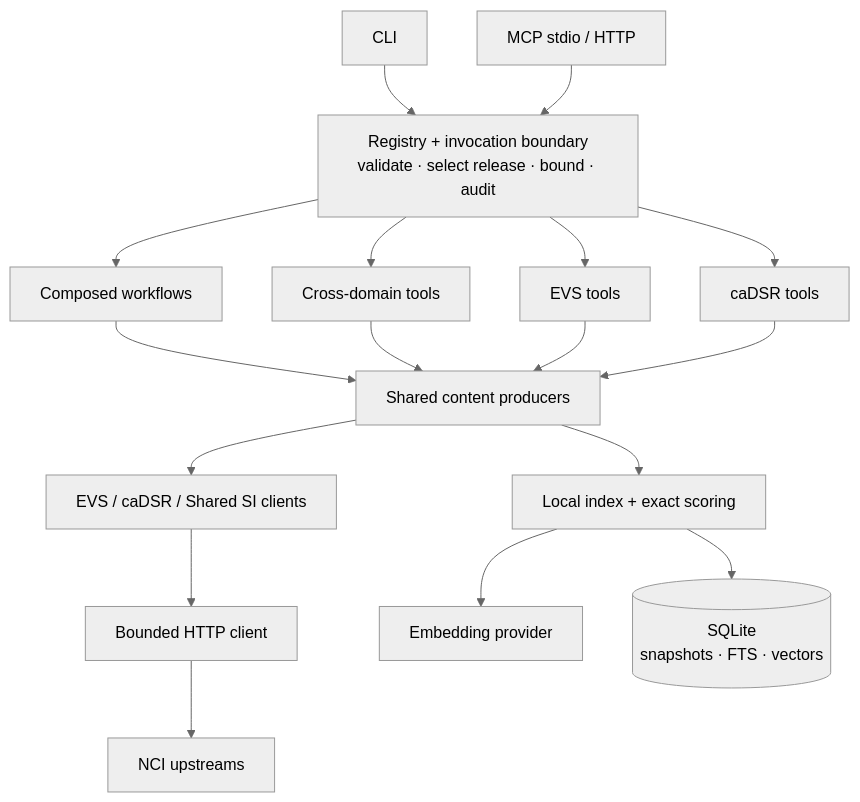
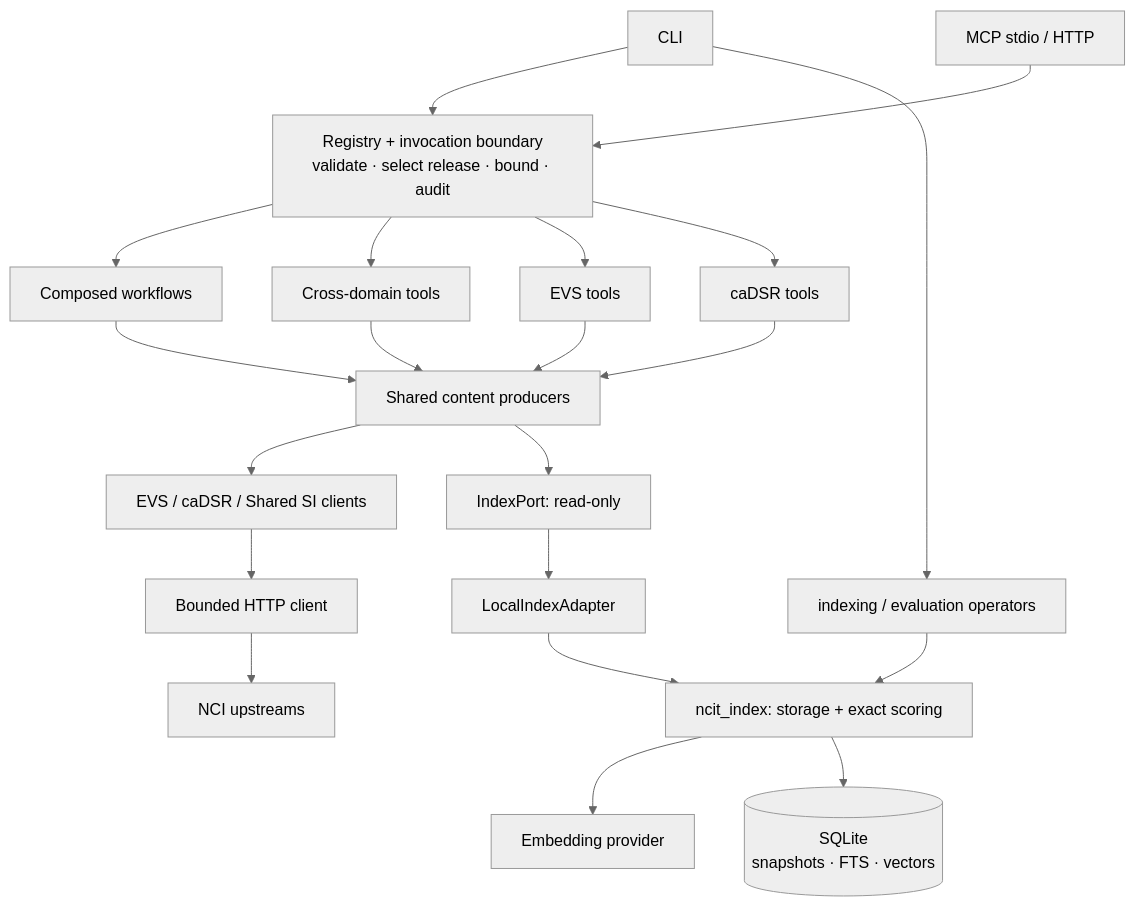
The second of 5 diagrams in ARCHITECTURE.md (CBIIT/nci-si-mcp), drawn with Mermaid before and after one commit. The commit also changed other lines of this file and 57 other files, not shown here.

First line of the commit message:
refactor(index): isolate retrieval behind a portable index port

````diff
--- a/ARCHITECTURE.md
+++ b/ARCHITECTURE.md
@@ -76,29 +76,33 @@
 ```mermaid
 ---
 config:
   theme: neutral
   look: classic
   layout: dagre
   flowchart:
     wrappingWidth: 260
 ---
 flowchart TB
     CLI["CLI"] --> Boundary
     MCP["MCP stdio / HTTP"] --> Boundary
     Boundary["Registry + invocation boundary<br/>validate · select release · bound · audit"]
     Boundary --> Workflows["Composed workflows"]
     Boundary --> Seam["Cross-domain tools"]
     Boundary --> Content["EVS tools"]
     Boundary --> Metadata["caDSR tools"]
     Workflows --> Producers["Shared content producers"]
     Seam --> Producers
     Content --> Producers
     Metadata --> Producers
     Producers --> Clients["EVS / caDSR / Shared SI clients"]
-    Producers --> Index["Local index + exact scoring"]
+    Producers --> Port["IndexPort: read-only"]
+    Port --> Local["LocalIndexAdapter"]
+    Local --> Index["ncit_index: storage + exact scoring"]
+    CLI --> Operators["indexing / evaluation operators"]
+    Operators --> Index
     Clients --> Http["Bounded HTTP client"]
     Http --> Upstreams["NCI upstreams"]
     Index --> Embeddings["Embedding provider"]
     Index --> SQLite[("SQLite<br/>snapshots · FTS · vectors")]
 
 ```
````
